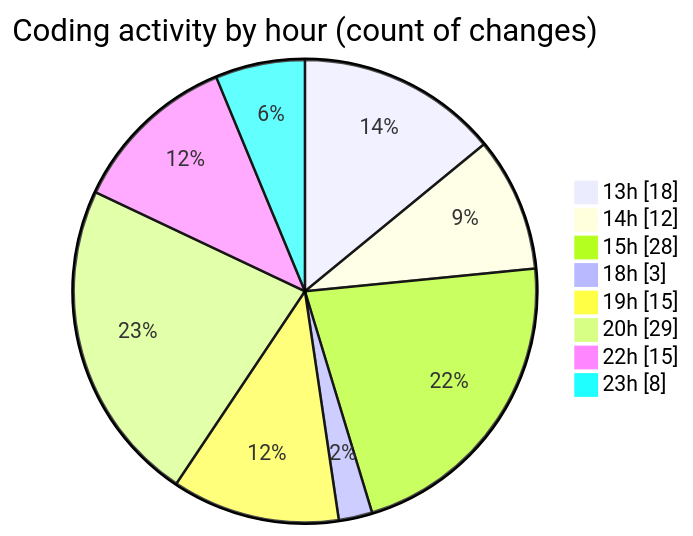
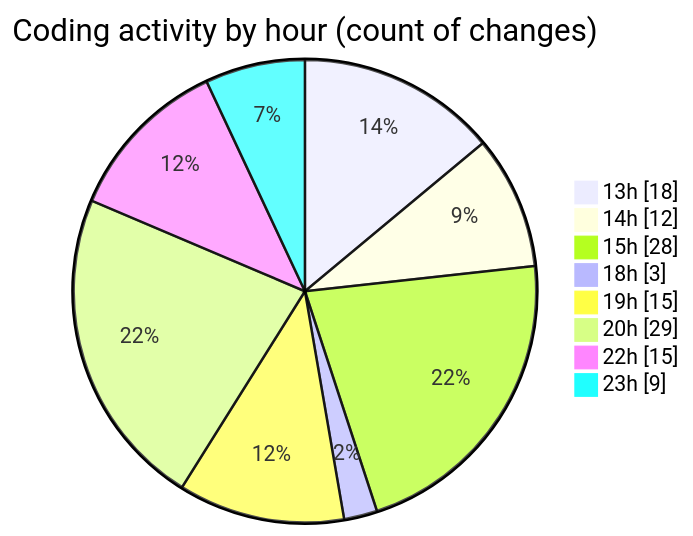
One commit to idhammustaqopulfikri/code-tracking changed the second of 2 diagrams in 2025-06-16/studio-backend/README.md. Above: the diagram before and after it, drawn with Mermaid. The commit also changed other lines of this file and 1 other file, not shown here.

````diff
--- a/2025-06-16/studio-backend/README.md
+++ b/2025-06-16/studio-backend/README.md
@@ -45,12 +45,12 @@
 ```mermaid
 pie showData
 title Coding activity by hour (count of changes)
 "13h" : 18
 "14h" : 12
 "15h" : 28
 "18h" : 3
 "19h" : 15
 "20h" : 29
 "22h" : 15
-"23h" : 8
+"23h" : 9
 ```
````
